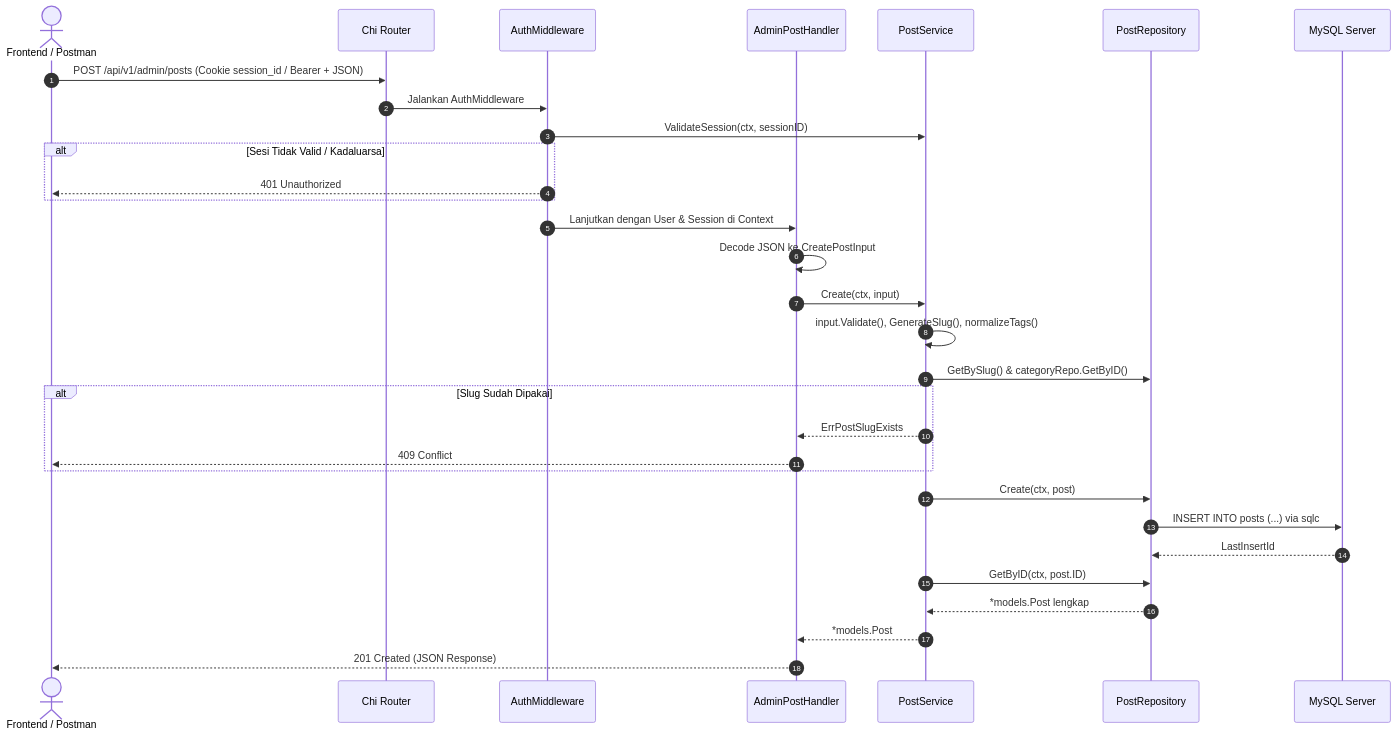
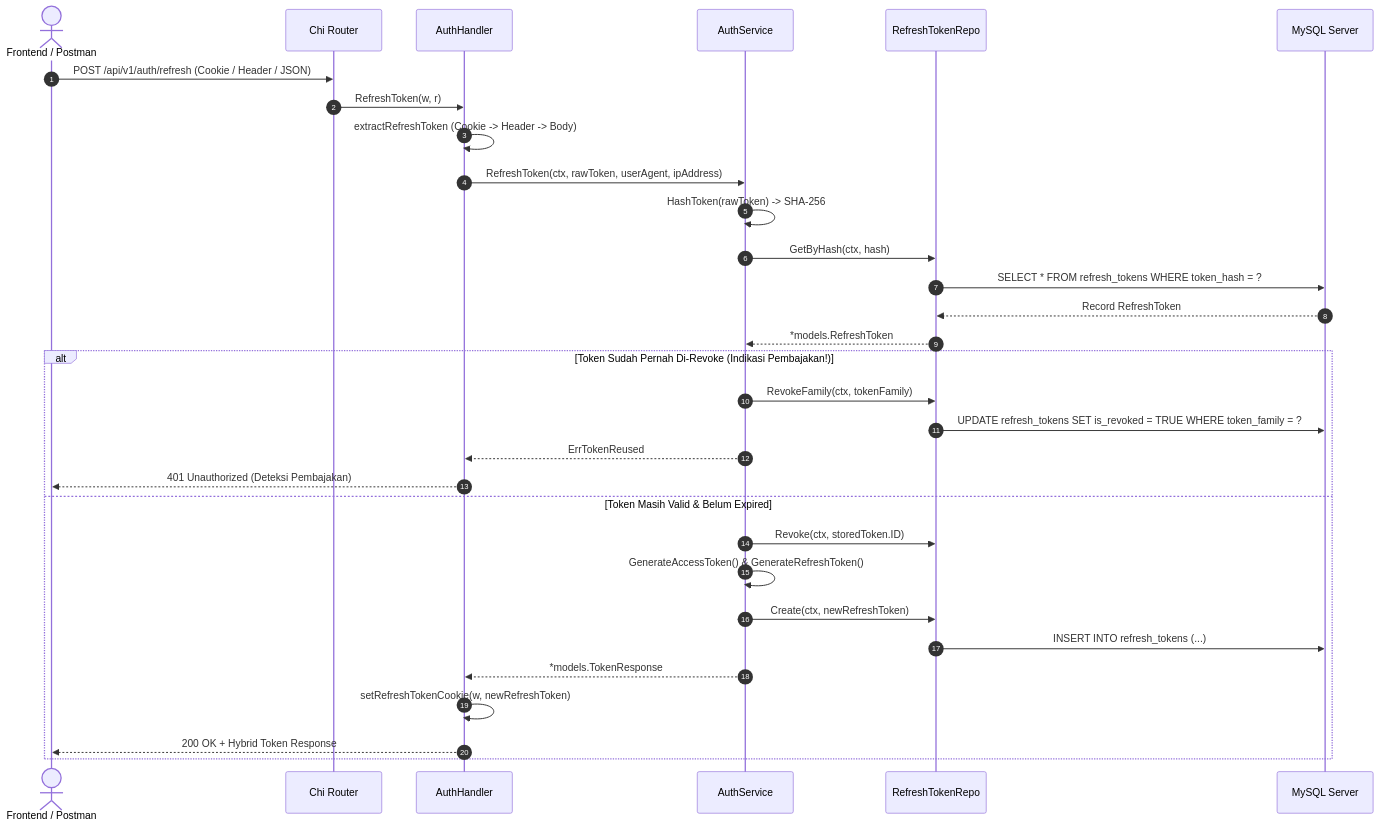
Before and after one commit to mochammadbagas/go-crud-api: the diagram in docs/learning_guide.md, drawn with Mermaid. The commit also changed other lines of this file and 58 other files, not shown here.

````diff
--- a/docs/learning_guide.md
+++ b/docs/learning_guide.md
@@ -133,34 +112,35 @@
 ```mermaid
 sequenceDiagram
     autonumber
     actor Client as Frontend / Postman
     participant Router as Chi Router
-    participant Auth as AuthMiddleware
-    participant Handler as AdminPostHandler
-    participant Service as PostService
-    participant Repo as PostRepository
+    participant Handler as AuthHandler
+    participant Service as AuthService
+    participant Repo as RefreshTokenRepo
     participant DB as MySQL Server
 
-    Client->>Router: POST /api/v1/admin/posts (Cookie session_id / Bearer + JSON)
-    Router->>Auth: Jalankan AuthMiddleware
-    Auth->>Service: ValidateSession(ctx, sessionID)
-    alt Sesi Tidak Valid / Kadaluarsa
-        Auth-->>Client: 401 Unauthorized
+    Client->>Router: POST /api/v1/auth/refresh (Cookie / Header / JSON)
+    Router->>Handler: RefreshToken(w, r)
+    Handler->>Handler: extractRefreshToken (Cookie -> Header -> Body)
+    Handler->>Service: RefreshToken(ctx, rawToken, userAgent, ipAddress)
+    Service->>Service: HashToken(rawToken) -> SHA-256
+    Service->>Repo: GetByHash(ctx, hash)
+    Repo->>DB: SELECT * FROM refresh_tokens WHERE token_hash = ?
+    DB-->>Repo: Record RefreshToken
+    Repo-->>Service: *models.RefreshToken
+    
+    alt Token Sudah Pernah Di-Revoke (Indikasi Pembajakan!)
+        Service->>Repo: RevokeFamily(ctx, tokenFamily)
+        Repo->>DB: UPDATE refresh_tokens SET is_revoked = TRUE WHERE token_family = ?
+        Service-->>Handler: ErrTokenReused
+        Handler-->>Client: 401 Unauthorized (Deteksi Pembajakan)
+    else Token Masih Valid & Belum Expired
+        Service->>Repo: Revoke(ctx, storedToken.ID)
+        Service->>Service: GenerateAccessToken() & GenerateRefreshToken()
+        Service->>Repo: Create(ctx, newRefreshToken)
+        Repo->>DB: INSERT INTO refresh_tokens (...)
+        Service-->>Handler: *models.TokenResponse
+        Handler->>Handler: setRefreshTokenCookie(w, newRefreshToken)
+        Handler-->>Client: 200 OK + Hybrid Token Response
     end
-    Auth->>Handler: Lanjutkan dengan User & Session di Context
-    Handler->>Handler: Decode JSON ke CreatePostInput
-    Handler->>Service: Create(ctx, input)
-    Service->>Service: input.Validate(), GenerateSlug(), normalizeTags()
-    Service->>Repo: GetBySlug() & categoryRepo.GetByID()
-    alt Slug Sudah Dipakai
-        Service-->>Handler: ErrPostSlugExists
-        Handler-->>Client: 409 Conflict
-    end
-    Service->>Repo: Create(ctx, post)
-    Repo->>DB: INSERT INTO posts (...) via sqlc
-    DB-->>Repo: LastInsertId
-    Service->>Repo: GetByID(ctx, post.ID)
-    Repo-->>Service: *models.Post lengkap
-    Service-->>Handler: *models.Post
-    Handler-->>Client: 201 Created (JSON Response)
 ```
````
